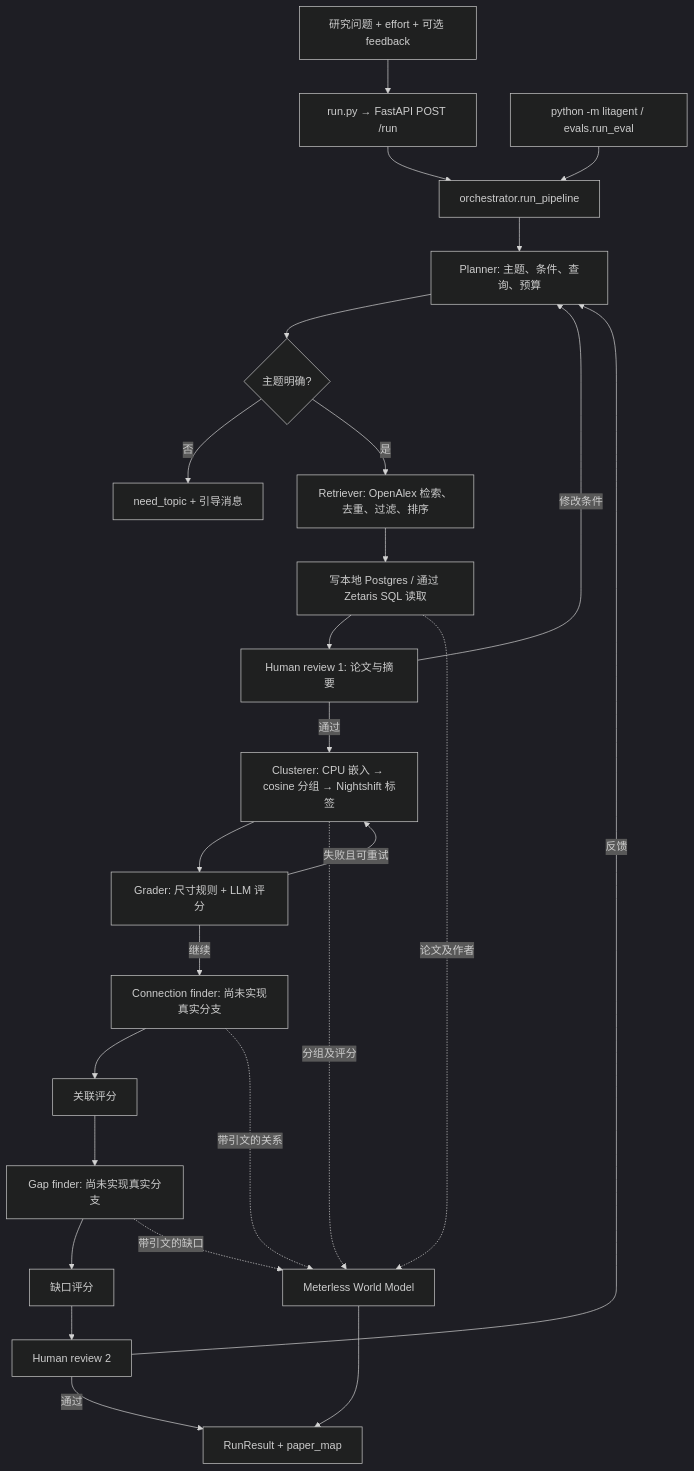
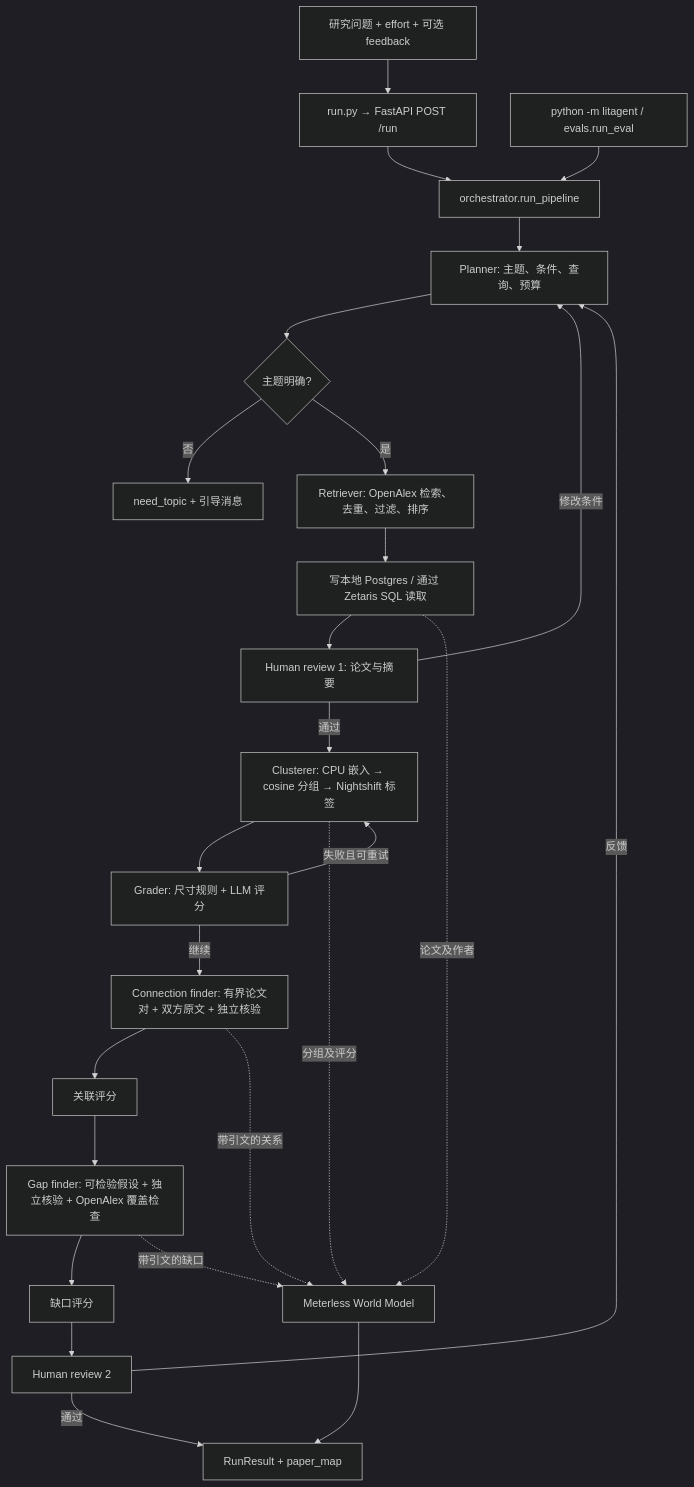
The diagram in docs/project-flow.md (dousjhg/Literature-review-agent), drawn with Mermaid (dark theme) before and after one commit. The commit also changed other lines of this file and 13 other files, not shown here.

````diff
--- a/docs/project-flow.md
+++ b/docs/project-flow.md
@@ -10,28 +12,28 @@
 ```mermaid
 flowchart TD
     U[研究问题 + effort + 可选 feedback] --> API[run.py → FastAPI POST /run]
     CLI[python -m litagent / evals.run_eval] --> O[orchestrator.run_pipeline]
     API --> O
     O --> P[Planner: 主题、条件、查询、预算]
     P --> Q{主题明确?}
     Q -- 否 --> N[need_topic + 引导消息]
     Q -- 是 --> R[Retriever: OpenAlex 检索、去重、过滤、排序]
     R --> Z[写本地 Postgres / 通过 Zetaris SQL 读取]
     Z --> H1[Human review 1: 论文与摘要]
     H1 -- 修改条件 --> P
     H1 -- 通过 --> C[Clusterer: CPU 嵌入 → cosine 分组 → Nightshift 标签]
     C --> G1[Grader: 尺寸规则 + LLM 评分]
     G1 -- 失败且可重试 --> C
-    G1 -- 继续 --> CF[Connection finder: 尚未实现真实分支]
+    G1 -- 继续 --> CF[Connection finder: 有界论文对 + 双方原文 + 独立核验]
     CF --> G2[关联评分]
-    G2 --> GF[Gap finder: 尚未实现真实分支]
+    G2 --> GF[Gap finder: 可检验假设 + 独立核验 + OpenAlex 覆盖检查]
     GF --> G3[缺口评分]
     G3 --> H2[Human review 2]
     H2 -- 反馈 --> P
     H2 -- 通过 --> OUT[RunResult + paper_map]
     Z -.论文及作者.-> W[Meterless World Model]
     C -.分组及评分.-> W
     CF -.带引文的关系.-> W
     GF -.带引文的缺口.-> W
     W --> OUT
 ```
````
